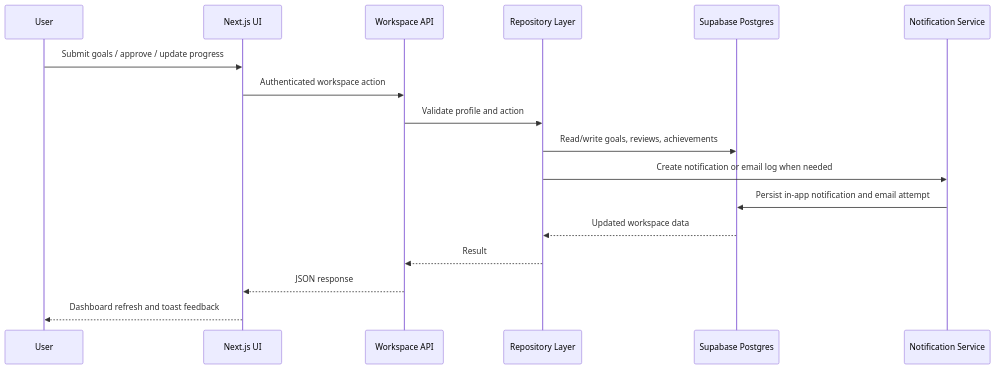
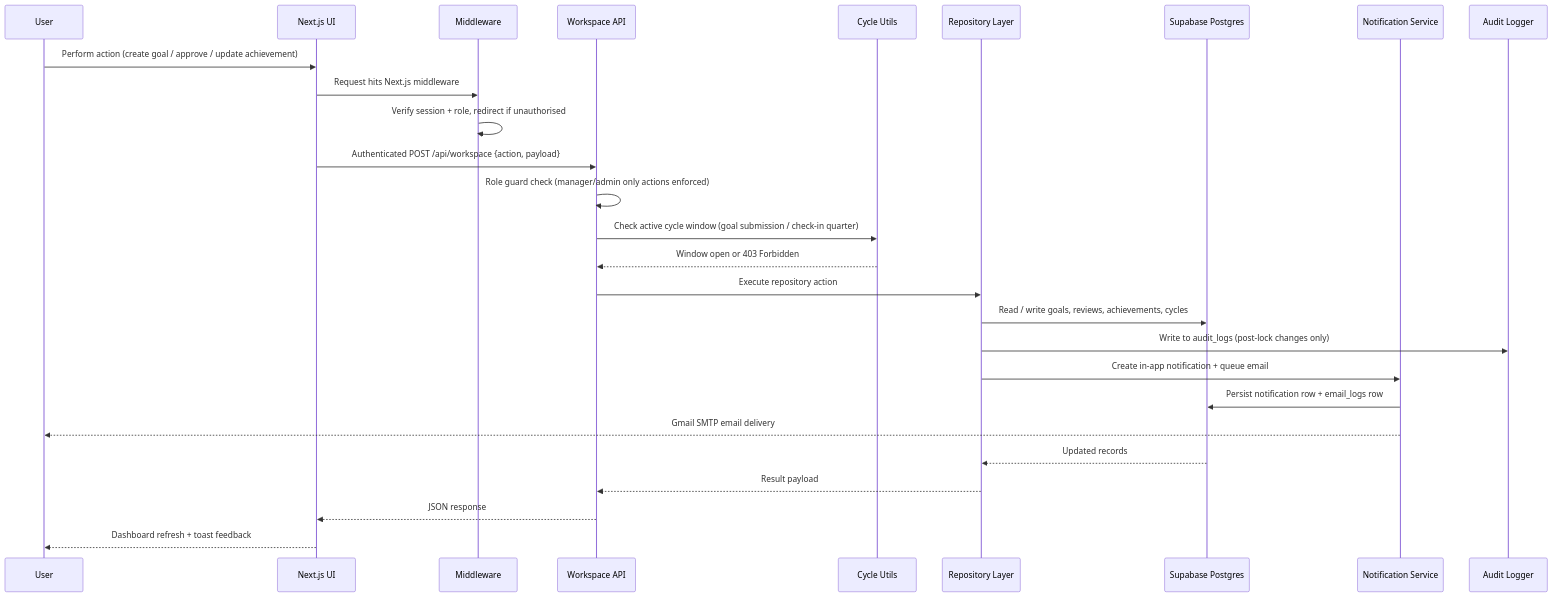
Before and after one commit to SharadhamGupta/In-House-Goal-Setting-Tracking-Portal: the second of 5 diagrams in README.md, drawn with Mermaid. The commit also changed other lines of this file, not shown here.

````diff
--- a/README.md
+++ b/README.md
@@ -164,20 +186,30 @@
 ```mermaid
 sequenceDiagram
   participant User
   participant UI as Next.js UI
+  participant MW as Middleware
   participant API as Workspace API
+  participant Cycle as Cycle Utils
   participant Repo as Repository Layer
   participant DB as Supabase Postgres
   participant Notify as Notification Service
+  participant Audit as Audit Logger
 
-  User->>UI: Submit goals / approve / update progress
-  UI->>API: Authenticated workspace action
-  API->>Repo: Validate profile and action
-  Repo->>DB: Read/write goals, reviews, achievements
-  Repo->>Notify: Create notification or email log when needed
-  Notify->>DB: Persist in-app notification and email attempt
-  DB-->>Repo: Updated workspace data
-  Repo-->>API: Result
+  User->>UI: Perform action (create goal / approve / update achievement)
+  UI->>MW: Request hits Next.js middleware
+  MW->>MW: Verify session + role, redirect if unauthorised
+  UI->>API: Authenticated POST /api/workspace {action, payload}
+  API->>API: Role guard check (manager/admin only actions enforced)
+  API->>Cycle: Check active cycle window (goal submission / check-in quarter)
+  Cycle-->>API: Window open or 403 Forbidden
+  API->>Repo: Execute repository action
+  Repo->>DB: Read / write goals, reviews, achievements, cycles
+  Repo->>Audit: Write to audit_logs (post-lock changes only)
+  Repo->>Notify: Create in-app notification + queue email
+  Notify->>DB: Persist notification row + email_logs row
+  Notify-->>User: Gmail SMTP email delivery
+  DB-->>Repo: Updated records
+  Repo-->>API: Result payload
   API-->>UI: JSON response
-  UI-->>User: Dashboard refresh and toast feedback
+  UI-->>User: Dashboard refresh + toast feedback
 ```
````
